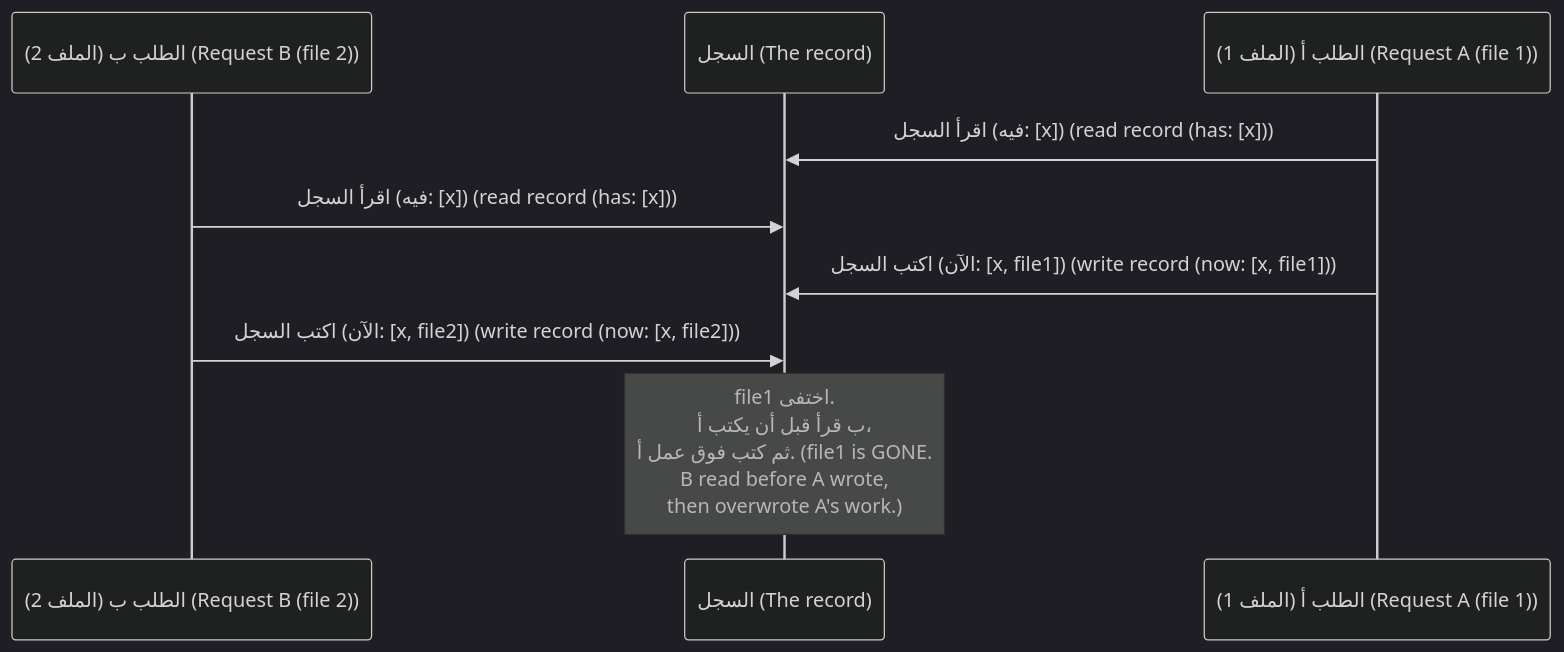
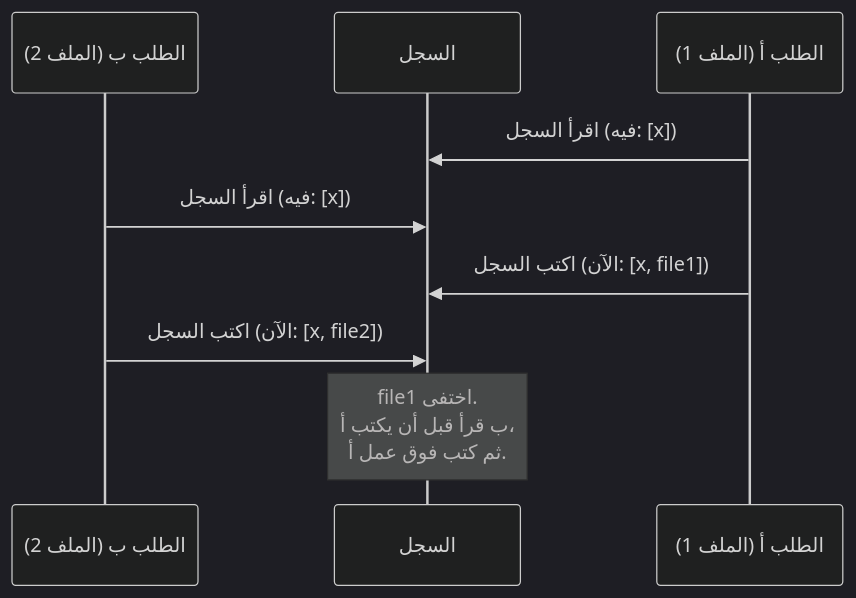
The ninth of 10 diagrams in modules/02-data-storage-backups/module.ar.md (Tamoura/system-design-for-vibe-coders), drawn with Mermaid (dark theme) before and after one commit. The commit also changed other lines of this file and 551 other files, not shown here.

````diff
--- a/modules/02-data-storage-backups/module.ar.md
+++ b/modules/02-data-storage-backups/module.ar.md
@@ -796,11 +796,11 @@
 ```mermaid
 sequenceDiagram
-    participant B as الطلب ب (الملف 2) (Request B (file 2))
-    participant DB as السجل (The record)
-    participant A as الطلب أ (الملف 1) (Request A (file 1))
-    A->>DB: اقرأ السجل (فيه: [x]) (read record (has: [x]))
-    B->>DB: اقرأ السجل (فيه: [x]) (read record (has: [x]))
-    A->>DB: اكتب السجل (الآن: [x, file1]) (write record (now: [x, file1]))
-    B->>DB: اكتب السجل (الآن: [x, file2]) (write record (now: [x, file2]))
-    Note over DB: file1 اختفى.<br/>ب قرأ قبل أن يكتب أ،<br/>ثم كتب فوق عمل أ. (file1 is GONE.<br/>B read before A wrote,<br/>then overwrote A's work.)
+    participant B as الطلب ب (الملف 2)
+    participant DB as السجل
+    participant A as الطلب أ (الملف 1)
+    A->>DB: اقرأ السجل (فيه: [x])
+    B->>DB: اقرأ السجل (فيه: [x])
+    A->>DB: اكتب السجل (الآن: [x, file1])
+    B->>DB: اكتب السجل (الآن: [x, file2])
+    Note over DB: file1 اختفى.<br/>ب قرأ قبل أن يكتب أ،<br/>ثم كتب فوق عمل أ.
 ```
````
